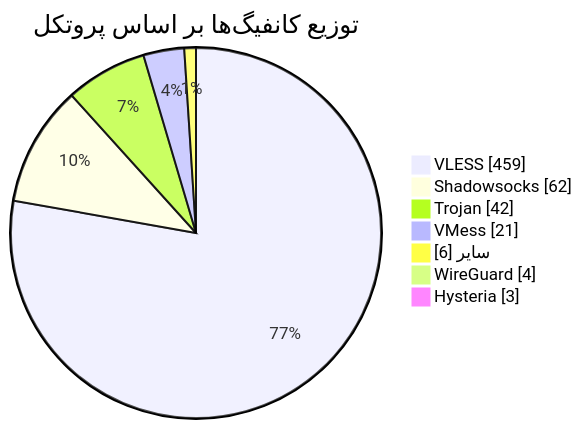
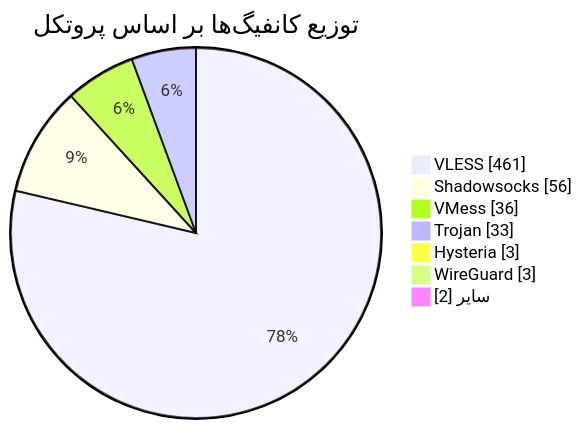
One commit to Arian-Alijani/Somthing changed the diagram in README.md. Above: the diagram before and after it, drawn with Mermaid. The commit also changed other lines of this file and 19 other files, not shown here.

````diff
--- a/README.md
+++ b/README.md
@@ -49,11 +49,11 @@
 ```mermaid
 pie showData
     title توزیع کانفیگ‌ها بر اساس پروتکل
-    "VLESS" : 459
-    "Shadowsocks" : 62
-    "Trojan" : 42
-    "VMess" : 21
-    "سایر" : 6
-    "WireGuard" : 4
+    "VLESS" : 461
+    "Shadowsocks" : 56
+    "VMess" : 36
+    "Trojan" : 33
     "Hysteria" : 3
+    "WireGuard" : 3
+    "سایر" : 2
 ```
````
